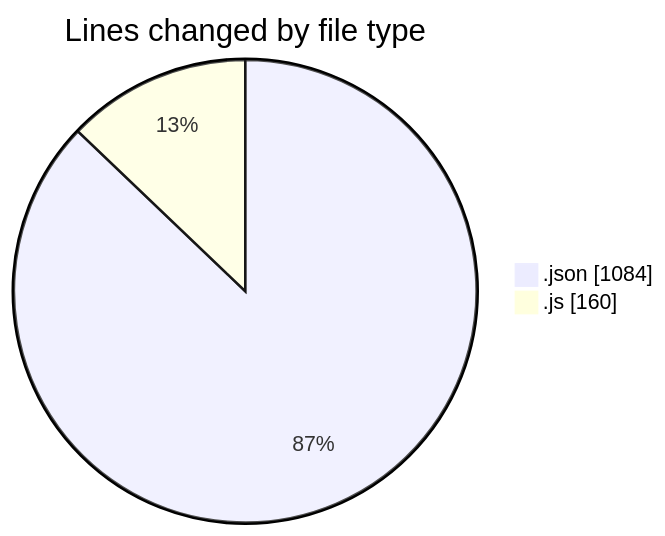
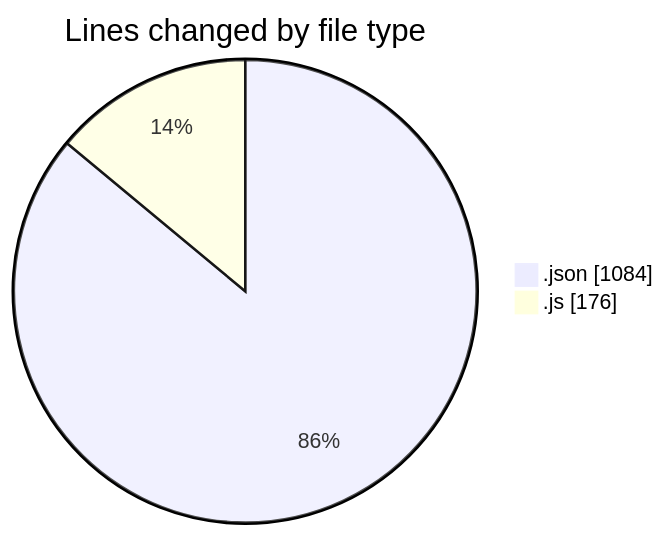
One commit to lephambinh05/code-tracking changed the first of 2 diagrams in 2025-07-10/getmailotp/README.md. Above: the diagram before and after it, drawn with Mermaid. The commit also changed other lines of this file and 1 other file, not shown here.

````diff
--- a/2025-07-10/getmailotp/README.md
+++ b/2025-07-10/getmailotp/README.md
@@ -21,6 +21,6 @@
 ```mermaid
 pie showData
 title Lines changed by file type
 ".json" : 1084
-".js" : 160
+".js" : 176
 ```
````
